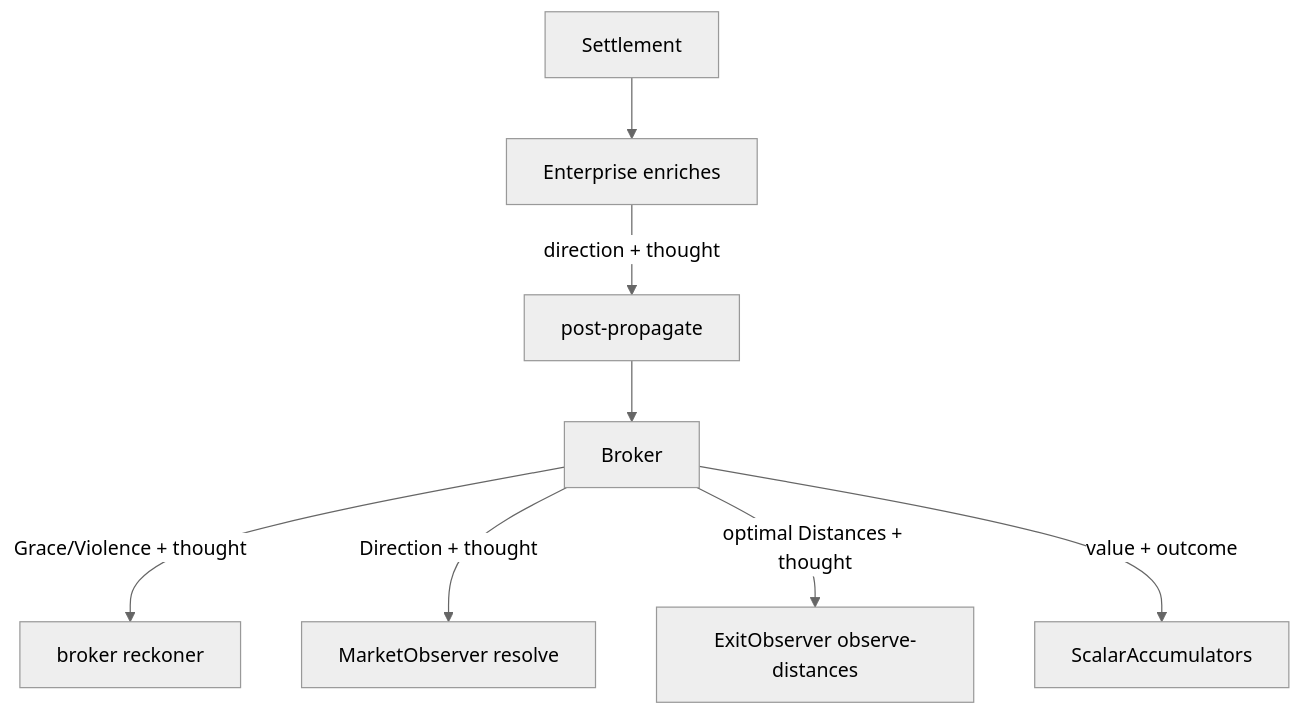
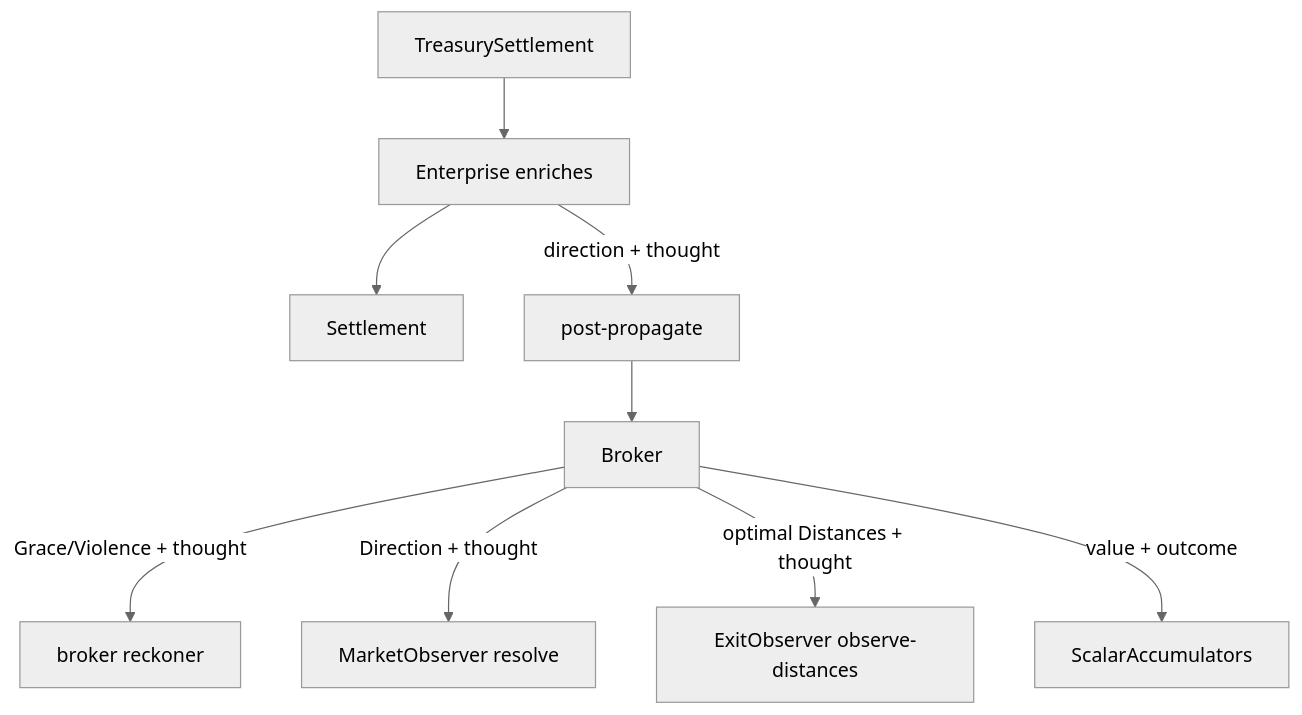
Before and after one commit to watmin/holon-lab-trading: the seventh of 7 diagrams in wat/CIRCUIT.md, drawn with Mermaid (neutral theme). The commit also changed other lines of this file and 1 other file, not shown here.

````diff
--- a/wat/CIRCUIT.md
+++ b/wat/CIRCUIT.md
@@ -186,10 +186,11 @@
 ```mermaid
 graph TD
-    SET[Settlement] --> EN[Enterprise enriches]
+    TS[TreasurySettlement] --> EN[Enterprise enriches]
+    EN --> SET[Settlement]
     EN -->|direction + thought| PP[post-propagate]
     PP --> BR[Broker]
     BR -->|Grace/Violence + thought| BRK[broker reckoner]
     BR -->|Direction + thought| MO[MarketObserver resolve]
     BR -->|optimal Distances + thought| EO[ExitObserver observe-distances]
     BR -->|value + outcome| SA[ScalarAccumulators]
 ```
````
